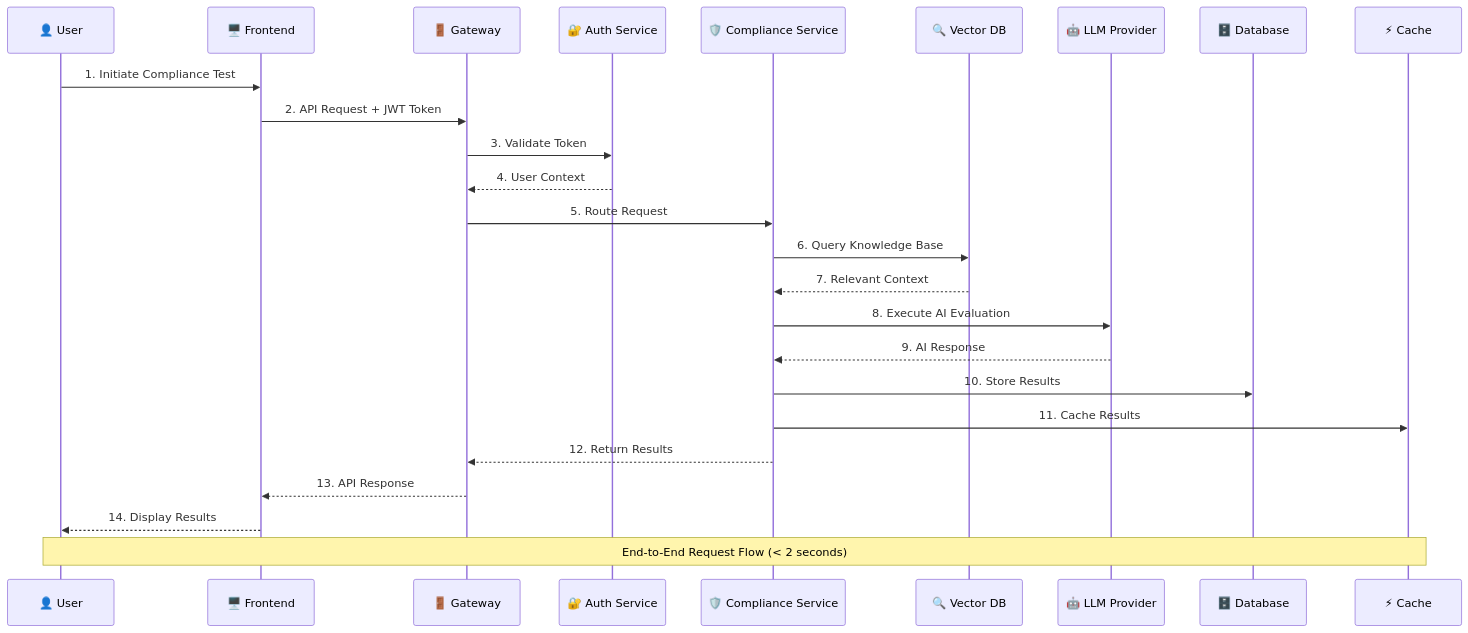
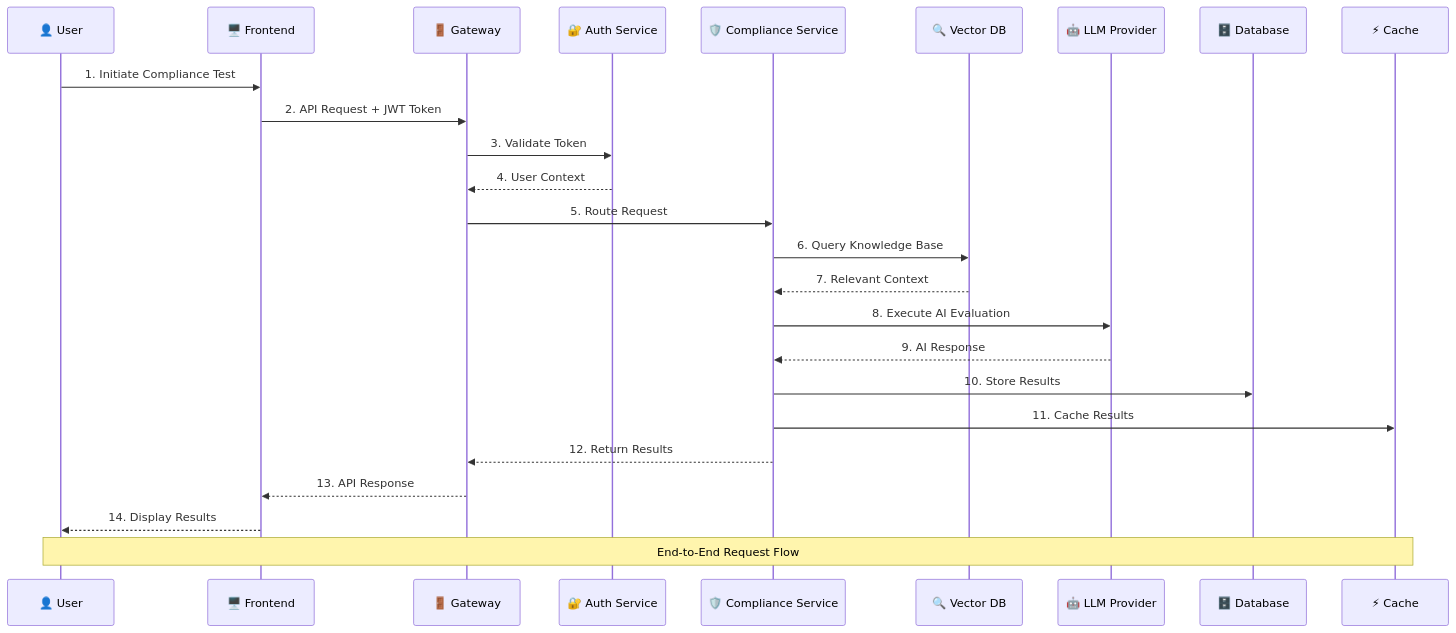
Before and after one commit to SamH135/AI-Governance-Suite: the fourth of 32 diagrams in DESIGN_DOCUMENT.md, drawn with Mermaid. The commit also changed other lines of this file and 17 other files, not shown here.

````diff
--- a/DESIGN_DOCUMENT.md
+++ b/DESIGN_DOCUMENT.md
@@ -223,31 +225,31 @@
 ```mermaid
 sequenceDiagram
     participant User as 👤 User
     participant Frontend as 🖥️ Frontend
     participant Gateway as 🚪 Gateway
     participant Auth as 🔐 Auth Service
     participant Compliance as 🛡️ Compliance Service
     participant Vector as 🔍 Vector DB
     participant LLM as 🤖 LLM Provider
     participant Database as 🗄️ Database
     participant Cache as ⚡ Cache
     
     User->>Frontend: 1. Initiate Compliance Test
     Frontend->>Gateway: 2. API Request + JWT Token
     Gateway->>Auth: 3. Validate Token
     Auth-->>Gateway: 4. User Context
     Gateway->>Compliance: 5. Route Request
     
     Compliance->>Vector: 6. Query Knowledge Base
     Vector-->>Compliance: 7. Relevant Context
     Compliance->>LLM: 8. Execute AI Evaluation
     LLM-->>Compliance: 9. AI Response
     
     Compliance->>Database: 10. Store Results
     Compliance->>Cache: 11. Cache Results
     Compliance-->>Gateway: 12. Return Results
     Gateway-->>Frontend: 13. API Response
     Frontend-->>User: 14. Display Results
     
-    Note over User,Cache: End-to-End Request Flow (< 2 seconds)
+    Note over User,Cache: End-to-End Request Flow
 ```
````
